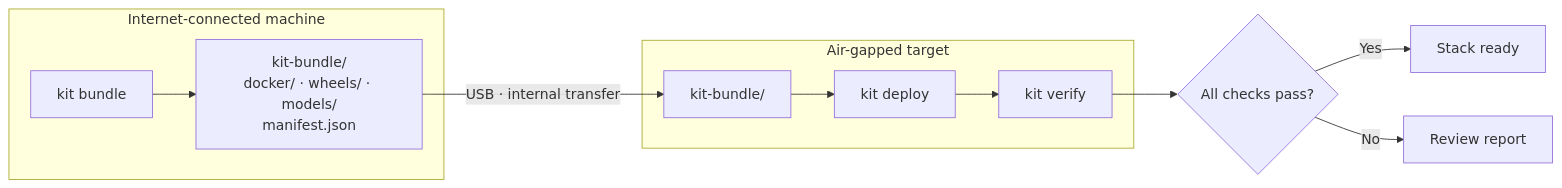
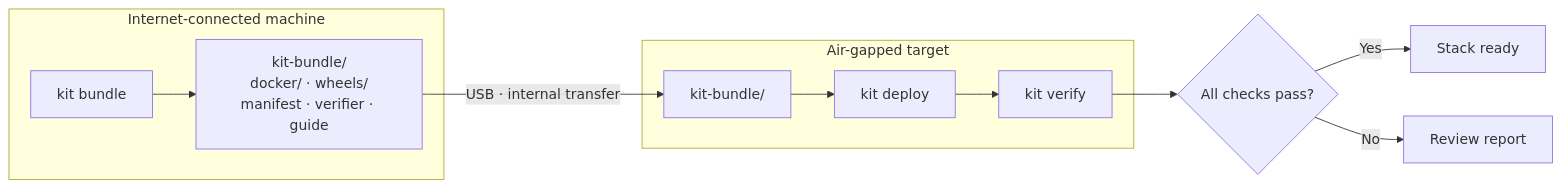
One commit to RedBeret/air-gap-deploy-kit changed the diagram in README.md. Above: the diagram before and after it, drawn with Mermaid. The commit also changed other lines of this file and 2 other files, not shown here.

Commit message:
docs: make bundle limits explicit

````diff
--- a/README.md
+++ b/README.md
@@ -28,16 +28,16 @@
 ```mermaid
 flowchart LR
     subgraph Connected["Internet-connected machine"]
-        A[kit bundle] --> B[kit-bundle/<br>docker/ · wheels/ · models/<br>manifest.json]
+        A[kit bundle] --> B[kit-bundle/<br>docker/ · wheels/<br>manifest · verifier · guide]
     end
     B -->|USB · internal transfer| C
 
     subgraph AirGap["Air-gapped target"]
         C[kit-bundle/] --> D[kit deploy]
         D --> E[kit verify]
     end
 
     E --> F{All checks pass?}
     F -- Yes --> G[Stack ready]
     F -- No --> H[Review report]
 ```
````
